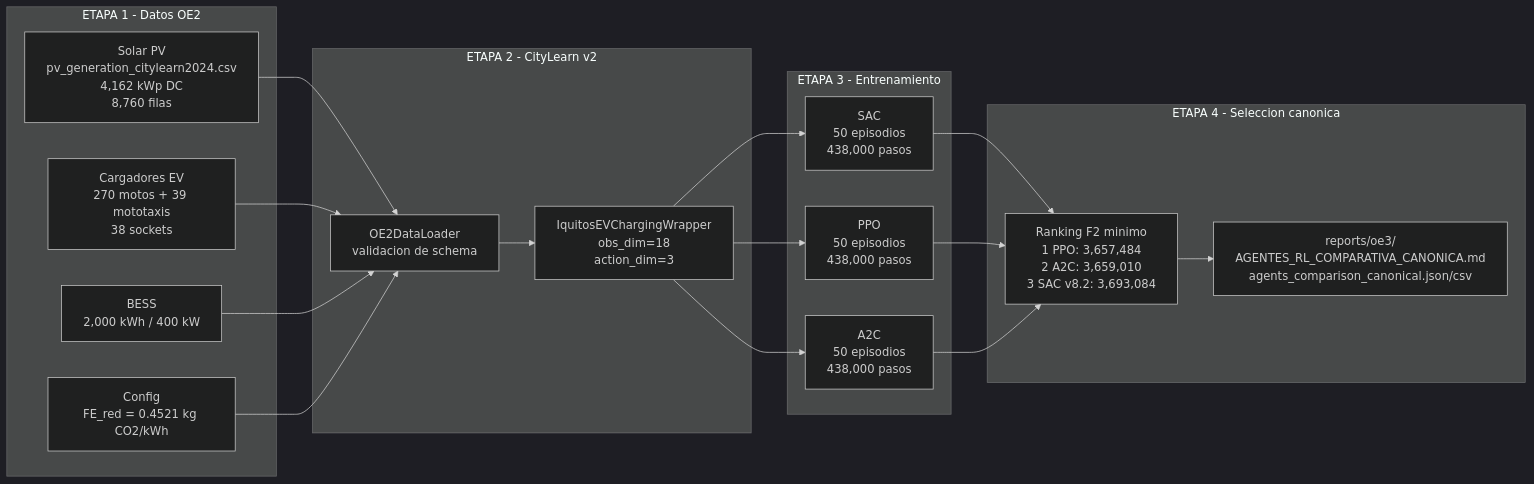
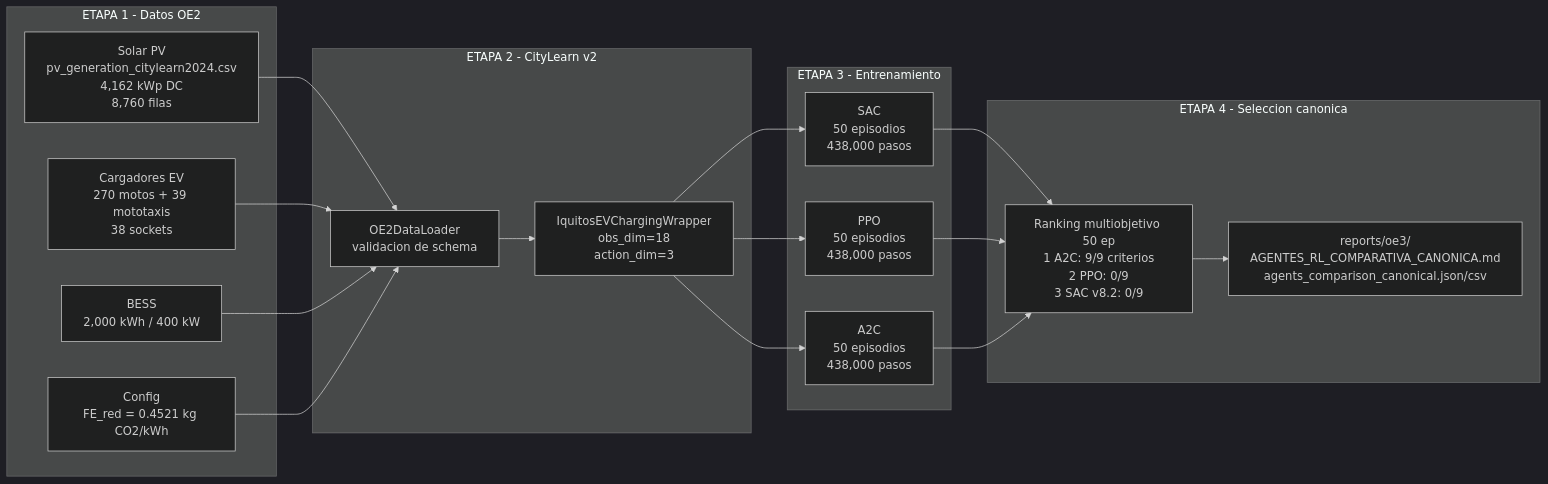
The diagram in reports/02_FLUJO_TRABAJO_DETALLADO.mmd (Mac-Tapia/dise-opvbesscar), drawn with Mermaid (dark theme) before and after one commit. The commit also changed 25 other files, not shown here.

```diff
--- a/reports/02_FLUJO_TRABAJO_DETALLADO.mmd
+++ b/reports/02_FLUJO_TRABAJO_DETALLADO.mmd
@@ -1,36 +1,36 @@
 graph LR
     subgraph ETAPA1["ETAPA 1 - Datos OE2"]
         SOLF["Solar PV<br/>pv_generation_citylearn2024.csv<br/>4,162 kWp DC<br/>8,760 filas"]
         EV_F["Cargadores EV<br/>270 motos + 39 mototaxis<br/>38 sockets"]
         BESSF["BESS<br/>2,000 kWh / 400 kW"]
         CFG["Config<br/>FE_red = 0.4521 kg CO2/kWh"]
     end
 
     subgraph ETAPA2["ETAPA 2 - CityLearn v2"]
         DL["OE2DataLoader<br/>validacion de schema"]
         CL["IquitosEVChargingWrapper<br/>obs_dim=18<br/>action_dim=3"]
     end
 
     subgraph ETAPA3["ETAPA 3 - Entrenamiento"]
         SAC["SAC<br/>50 episodios<br/>438,000 pasos"]
         PPO["PPO<br/>50 episodios<br/>438,000 pasos"]
         A2C["A2C<br/>50 episodios<br/>438,000 pasos"]
     end
 
     subgraph ETAPA4["ETAPA 4 - Seleccion canonica"]
-        RANK["Ranking F2 minimo<br/>1 PPO: 3,657,484<br/>2 A2C: 3,659,010<br/>3 SAC v8.2: 3,693,084"]
+        RANK["Ranking multiobjetivo 50 ep<br/>1 A2C: 9/9 criterios<br/>2 PPO: 0/9<br/>3 SAC v8.2: 0/9"]
         DOC["reports/oe3/<br/>AGENTES_RL_COMPARATIVA_CANONICA.md<br/>agents_comparison_canonical.json/csv"]
     end
 
     SOLF --> DL
     EV_F --> DL
     BESSF --> DL
     CFG --> DL
     DL --> CL
     CL --> SAC
     CL --> PPO
     CL --> A2C
     SAC --> RANK
     PPO --> RANK
     A2C --> RANK
     RANK --> DOC
```
